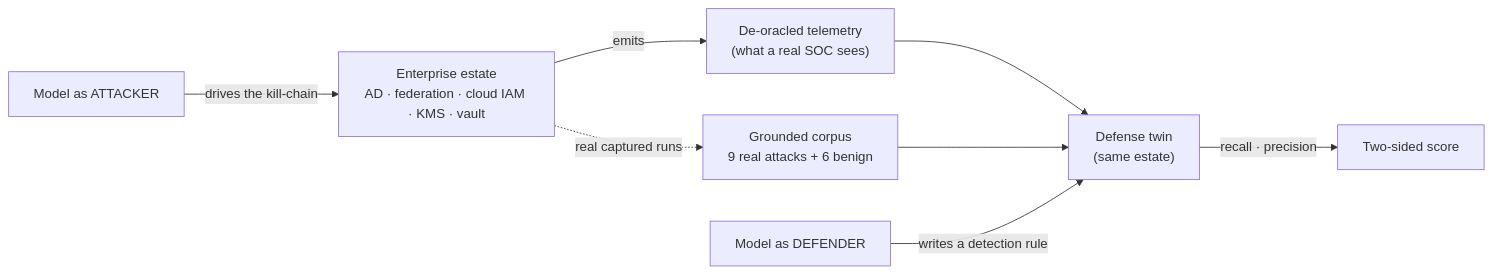
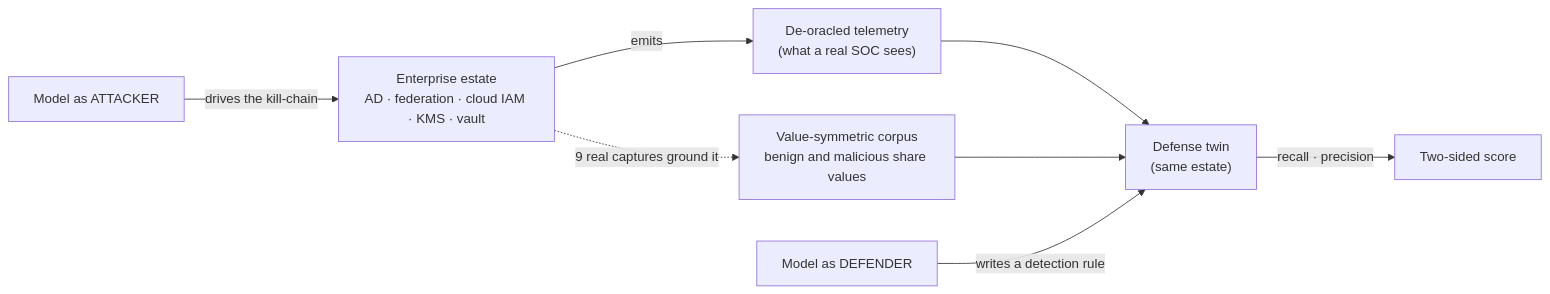
The second of 5 diagrams in plugins/cyber/README.md (navingate/promptfoo), drawn with Mermaid before and after one commit. The commit also changed other lines of this file and 1 other file, not shown here.

````diff
--- a/plugins/cyber/README.md
+++ b/plugins/cyber/README.md
@@ -72,10 +72,10 @@
 ```mermaid
 flowchart LR
   Mo["Model as ATTACKER"] -->|drives the kill-chain| E["Enterprise estate<br/>AD · federation · cloud IAM · KMS · vault"]
   E -->|emits| Tl["De-oracled telemetry<br/>(what a real SOC sees)"]
-  E -.->|real captured runs| G["Grounded corpus<br/>9 real attacks + 6 benign"]
+  E -.->|9 real captures ground it| G["Value-symmetric corpus<br/>benign and malicious share values"]
   Tl --> D["Defense twin<br/>(same estate)"]
   G --> D
   Md["Model as DEFENDER"] -->|writes a detection rule| D
   D -->|recall · precision| Sc["Two-sided score"]
 ```
````
